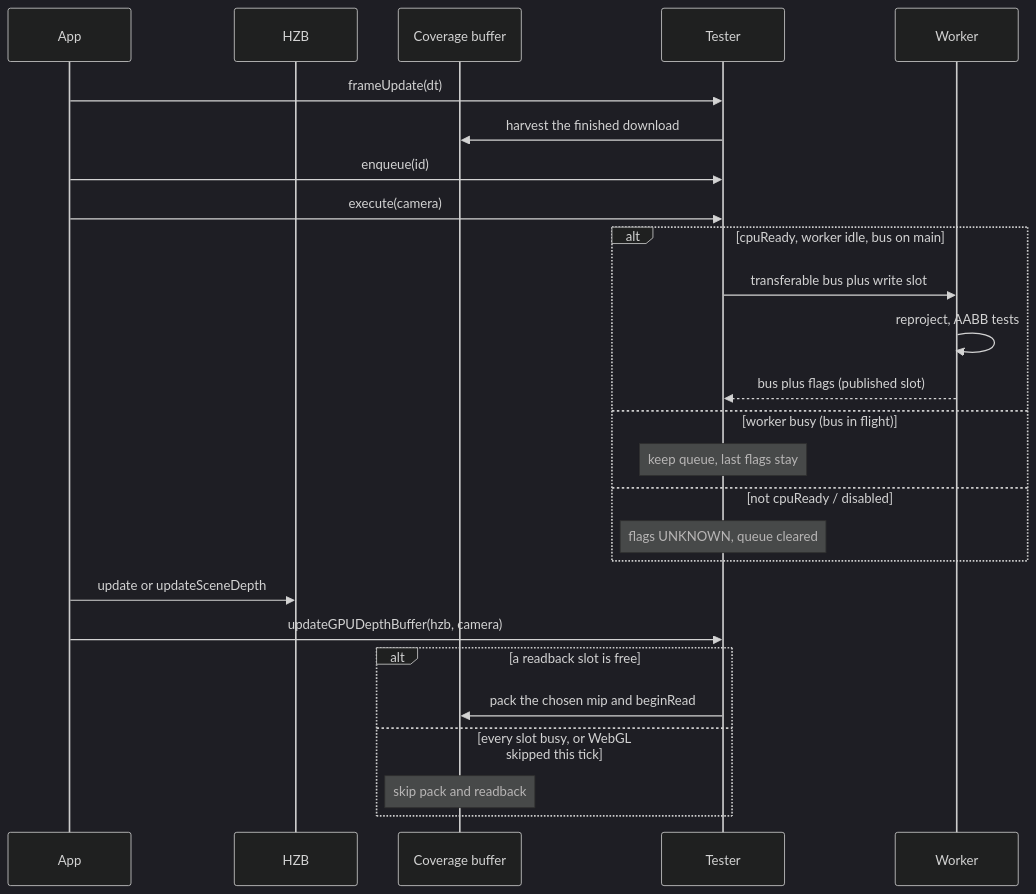
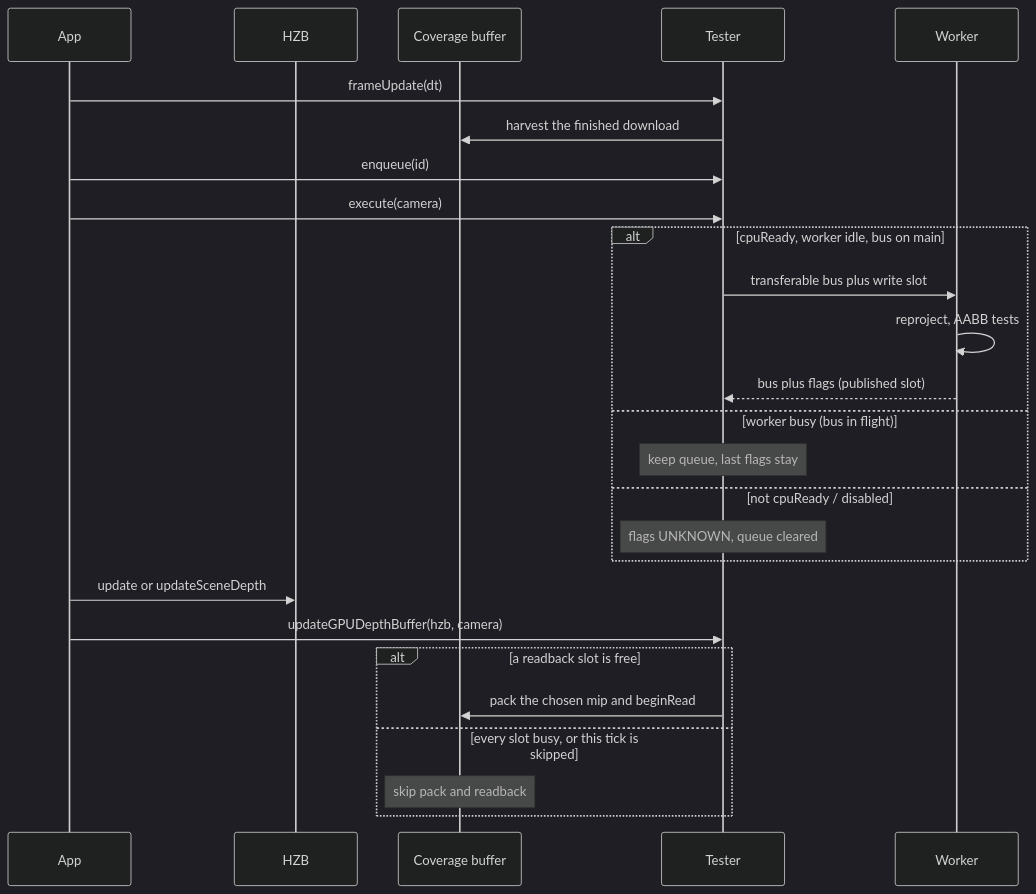
Before and after one commit to AlexAPPi/playcanvas-opti-pixel: the diagram in docs/occlusion/coverage.md, drawn with Mermaid (dark theme). The commit also changed other lines of this file and 15 other files, not shown here.

````diff
--- a/docs/occlusion/coverage.md
+++ b/docs/occlusion/coverage.md
@@ -84,29 +84,29 @@
 ```mermaid
 sequenceDiagram
     participant App
     participant HZB
     participant Buffer as Coverage buffer
     participant Tester
     participant Worker
 
     App->>Tester: frameUpdate(dt)
     Tester->>Buffer: harvest the finished download
     App->>Tester: enqueue(id)
     App->>Tester: execute(camera)
     alt cpuReady, worker idle, bus on main
         Tester->>Worker: transferable bus plus write slot
         Worker->>Worker: reproject, AABB tests
         Worker-->>Tester: bus plus flags (published slot)
     else worker busy (bus in flight)
         Note over Tester: keep queue, last flags stay
     else not cpuReady / disabled
         Note over Tester: flags UNKNOWN, queue cleared
     end
     App->>HZB: update or updateSceneDepth
     App->>Tester: updateGPUDepthBuffer(hzb, camera)
     alt a readback slot is free
         Tester->>Buffer: pack the chosen mip and beginRead
-    else every slot busy, or WebGL skipped this tick
+    else every slot busy, or this tick is skipped
         Note over Buffer: skip pack and readback
     end
 ```
````
